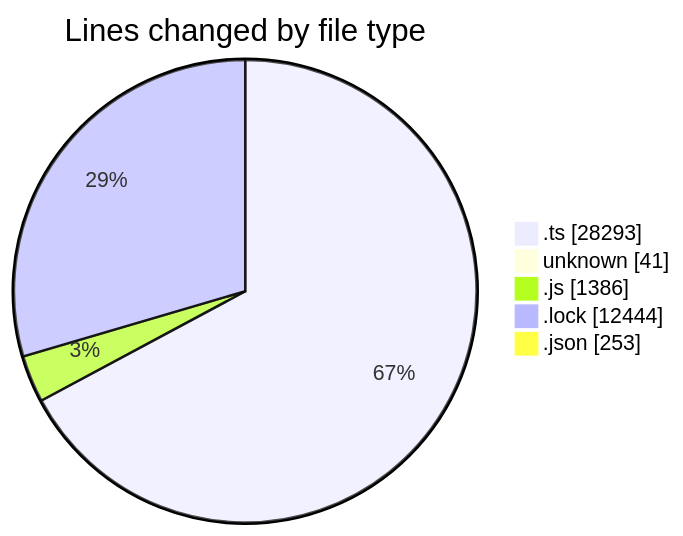
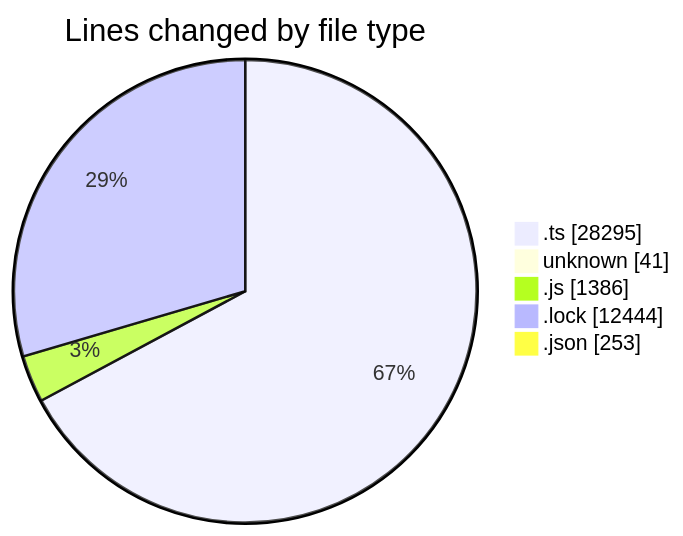
The first of 2 diagrams in 2025-08-18/cda/README.md (momahboobian/code-tracking), drawn with Mermaid before and after one commit. The commit also changed other lines of this file and 1 other file, not shown here.

````diff
--- a/2025-08-18/cda/README.md
+++ b/2025-08-18/cda/README.md
@@ -40,9 +40,9 @@
 ```mermaid
 pie showData
 title Lines changed by file type
-".ts" : 28293
+".ts" : 28295
 "unknown" : 41
 ".js" : 1386
 ".lock" : 12444
 ".json" : 253
 ```
````
